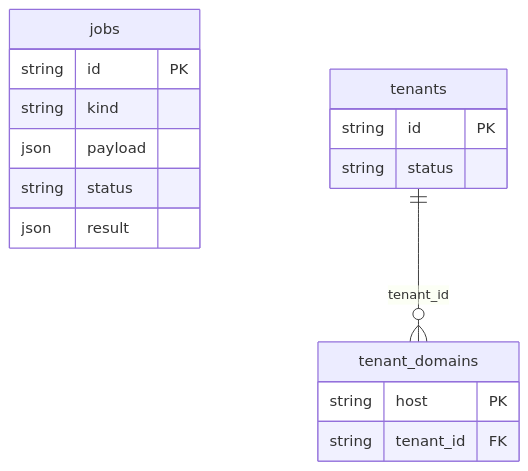
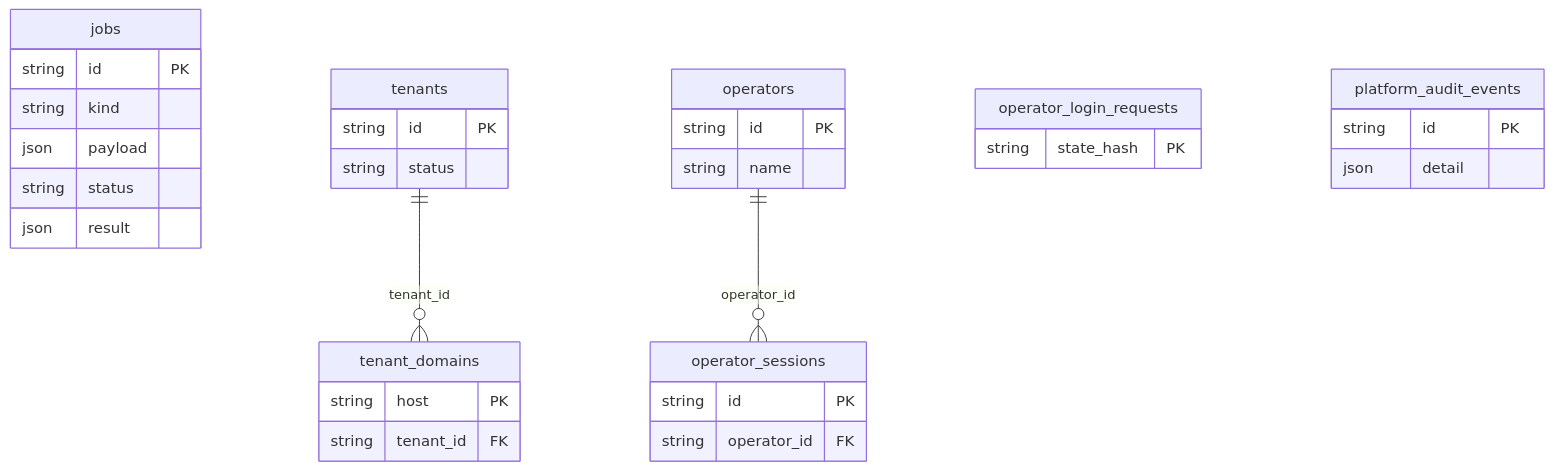
One commit to jayendukumar/agentify changed the eighth of 8 diagrams in docs/wiki/Data-Model.md. Above: the diagram before and after it, drawn with Mermaid. The commit also changed other lines of this file and 50 other files, not shown here.

````diff
--- a/docs/wiki/Data-Model.md
+++ b/docs/wiki/Data-Model.md
@@ -578,19 +589,35 @@
 ```mermaid
 erDiagram
     jobs {
         string id PK
         string kind
         json payload
         string status
         json result
     }
     tenants {
         string id PK
         string status
     }
     tenant_domains {
         string host PK
         string tenant_id FK
     }
+    operators {
+        string id PK
+        string name
+    }
+    operator_sessions {
+        string id PK
+        string operator_id FK
+    }
+    operator_login_requests {
+        string state_hash PK
+    }
+    platform_audit_events {
+        string id PK
+        json detail
+    }
     tenants ||--o{ tenant_domains : "tenant_id"
+    operators ||--o{ operator_sessions : "operator_id"
 ```
````
